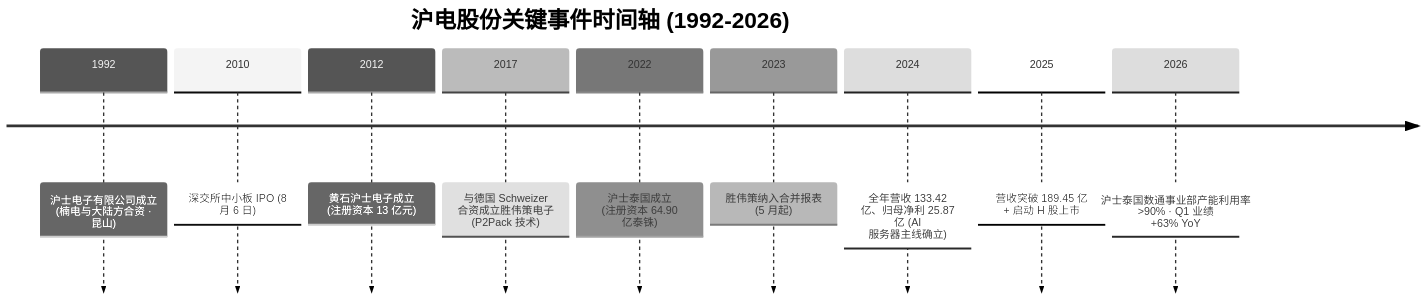
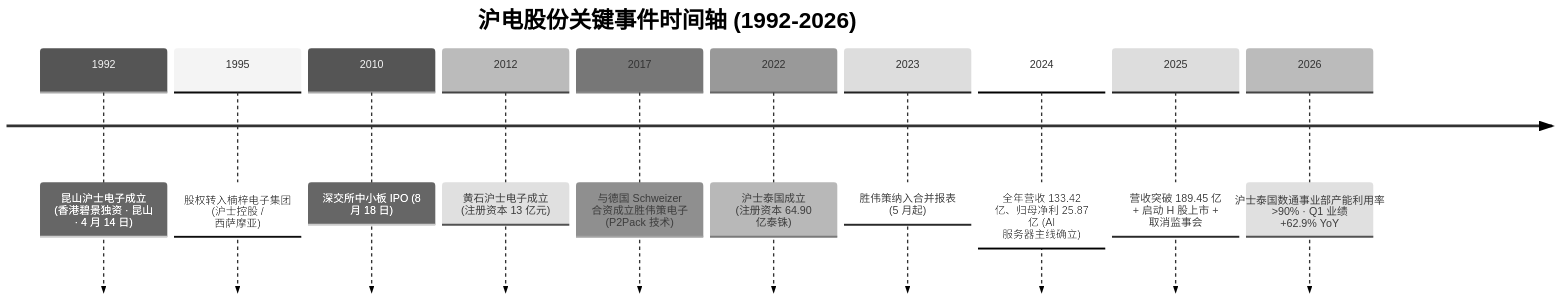
Before and after one commit to dadachundan/financial_agent: the first of 4 diagrams in reports/company/沪电股份_SZSE002463/沪电股份_SZSE002463_Research_Document_zh.md, drawn with Mermaid (neutral theme). The commit also changed other lines of this file, not shown here.

````diff
--- a/reports/company/沪电股份_SZSE002463/沪电股份_SZSE002463_Research_Document_zh.md
+++ b/reports/company/沪电股份_SZSE002463/沪电股份_SZSE002463_Research_Document_zh.md
@@ -84,13 +84,14 @@
 ```mermaid
 timeline
     title 沪电股份关键事件时间轴 (1992-2026)
-    1992 : 沪士电子有限公司成立 (楠电与大陆方合资 · 昆山)
-    2010 : 深交所中小板 IPO (8 月 6 日)
+    1992 : 昆山沪士电子成立 (香港碧景独资 · 昆山 · 4 月 14 日)
+    1995 : 股权转入楠梓电子集团 (沪士控股 / 西萨摩亚)
+    2010 : 深交所中小板 IPO (8 月 18 日)
     2012 : 黄石沪士电子成立 (注册资本 13 亿元)
     2017 : 与德国 Schweizer 合资成立胜伟策电子 (P2Pack 技术)
     2022 : 沪士泰国成立 (注册资本 64.90 亿泰铢)
     2023 : 胜伟策纳入合并报表 (5 月起)
     2024 : 全年营收 133.42 亿、归母净利 25.87 亿 (AI 服务器主线确立)
-    2025 : 营收突破 189.45 亿 + 启动 H 股上市
-    2026 : 沪士泰国数通事业部产能利用率 >90% · Q1 业绩 +63% YoY
+    2025 : 营收突破 189.45 亿 + 启动 H 股上市 + 取消监事会
+    2026 : 沪士泰国数通事业部产能利用率 >90% · Q1 业绩 +62.9% YoY
 ```
````
